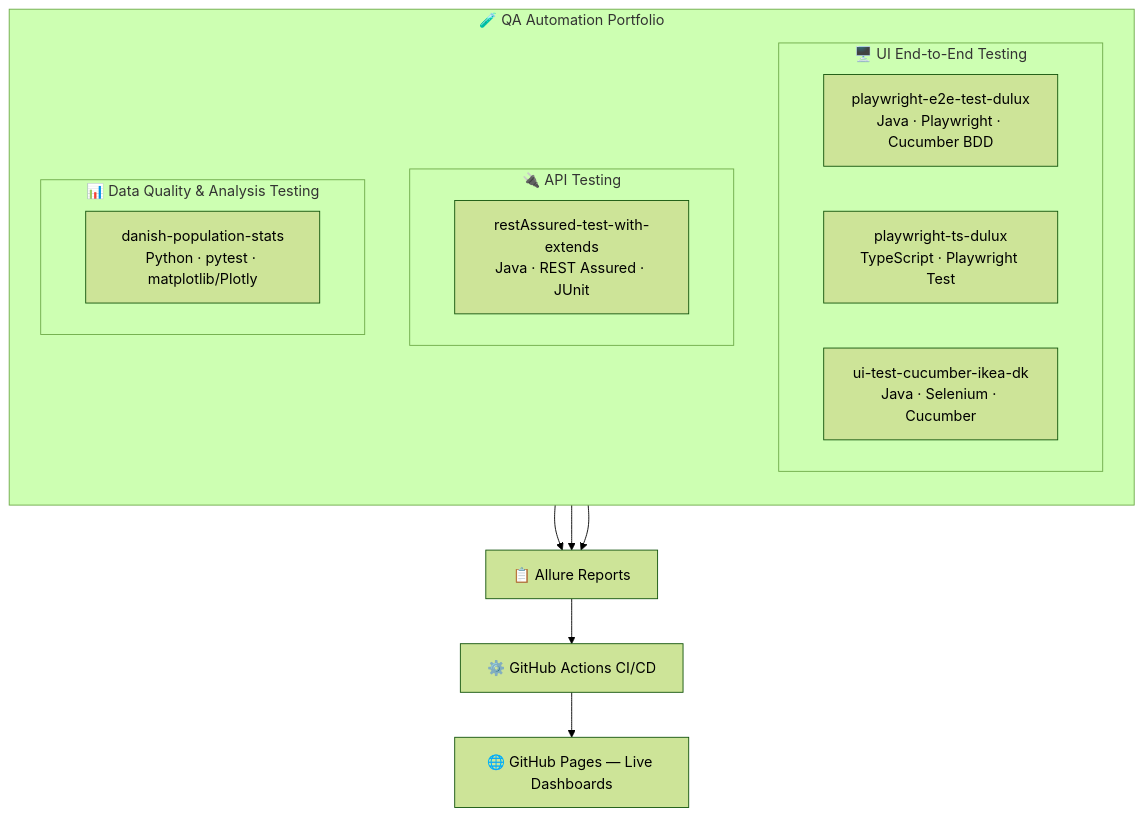
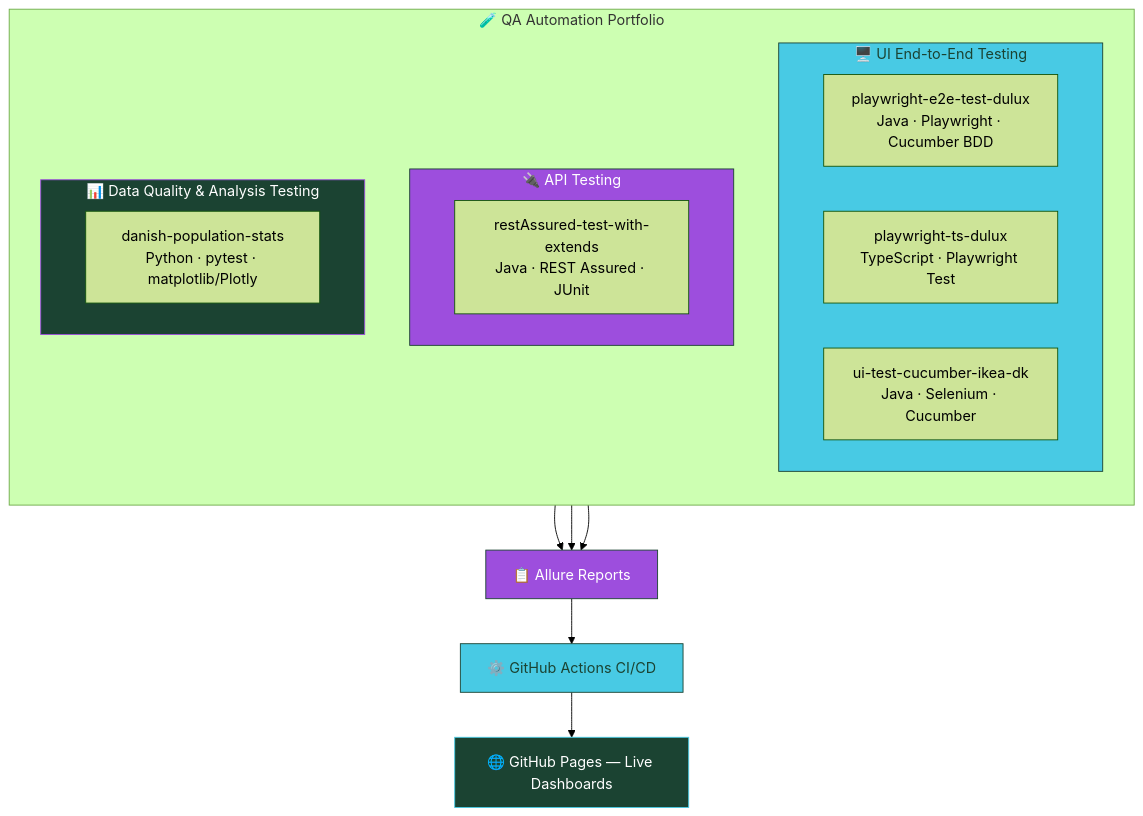
The diagram in README.md (magdaU/magdau), drawn with Mermaid (forest theme) before and after one commit. The commit also changed other lines of this file, not shown here.

````diff
--- a/README.md
+++ b/README.md
@@ -28,26 +25,33 @@
 ```mermaid
 graph TD
     subgraph Portfolio["🧪 QA Automation Portfolio"]
         direction TB
 
         subgraph UI["🖥️ UI End-to-End Testing"]
             P1["playwright-e2e-test-dulux<br/>Java · Playwright · Cucumber BDD"]
             P2["playwright-ts-dulux<br/>TypeScript · Playwright Test"]
             P3["ui-test-cucumber-ikea-dk<br/>Java · Selenium · Cucumber"]
         end
 
         subgraph API["🔌 API Testing"]
             P4["restAssured-test-with-extends<br/>Java · REST Assured · JUnit"]
         end
 
         subgraph DATA["📊 Data Quality & Analysis Testing"]
             P5["danish-population-stats<br/>Python · pytest · matplotlib/Plotly"]
         end
     end
 
     UI --> ALLURE["📋 Allure Reports"]
     API --> ALLURE
     DATA --> ALLURE
     ALLURE --> CI["⚙️ GitHub Actions CI/CD"]
     CI --> PAGES["🌐 GitHub Pages — Live Dashboards"]
+
+    style UI fill:#48CAE4,stroke:#1B4332,color:#1B4332
+    style API fill:#9D4EDD,stroke:#1B4332,color:#ffffff
+    style DATA fill:#1B4332,stroke:#9D4EDD,color:#ffffff
+    style ALLURE fill:#9D4EDD,stroke:#1B4332,color:#ffffff
+    style CI fill:#48CAE4,stroke:#1B4332,color:#1B4332
+    style PAGES fill:#1B4332,stroke:#48CAE4,color:#ffffff
 ```
````
